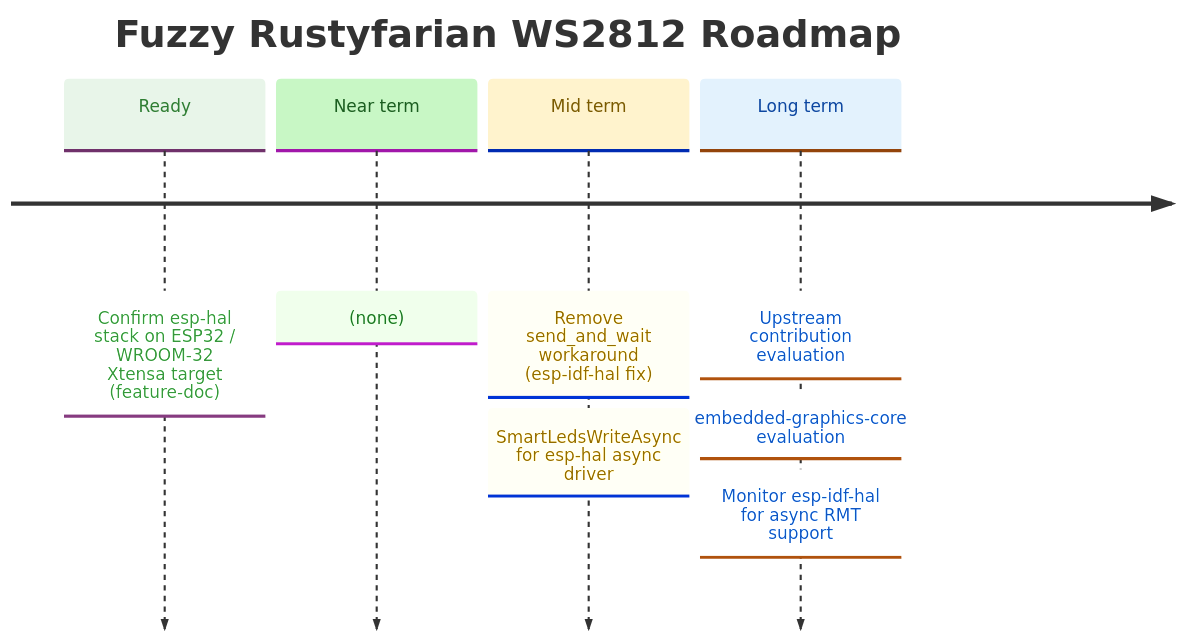
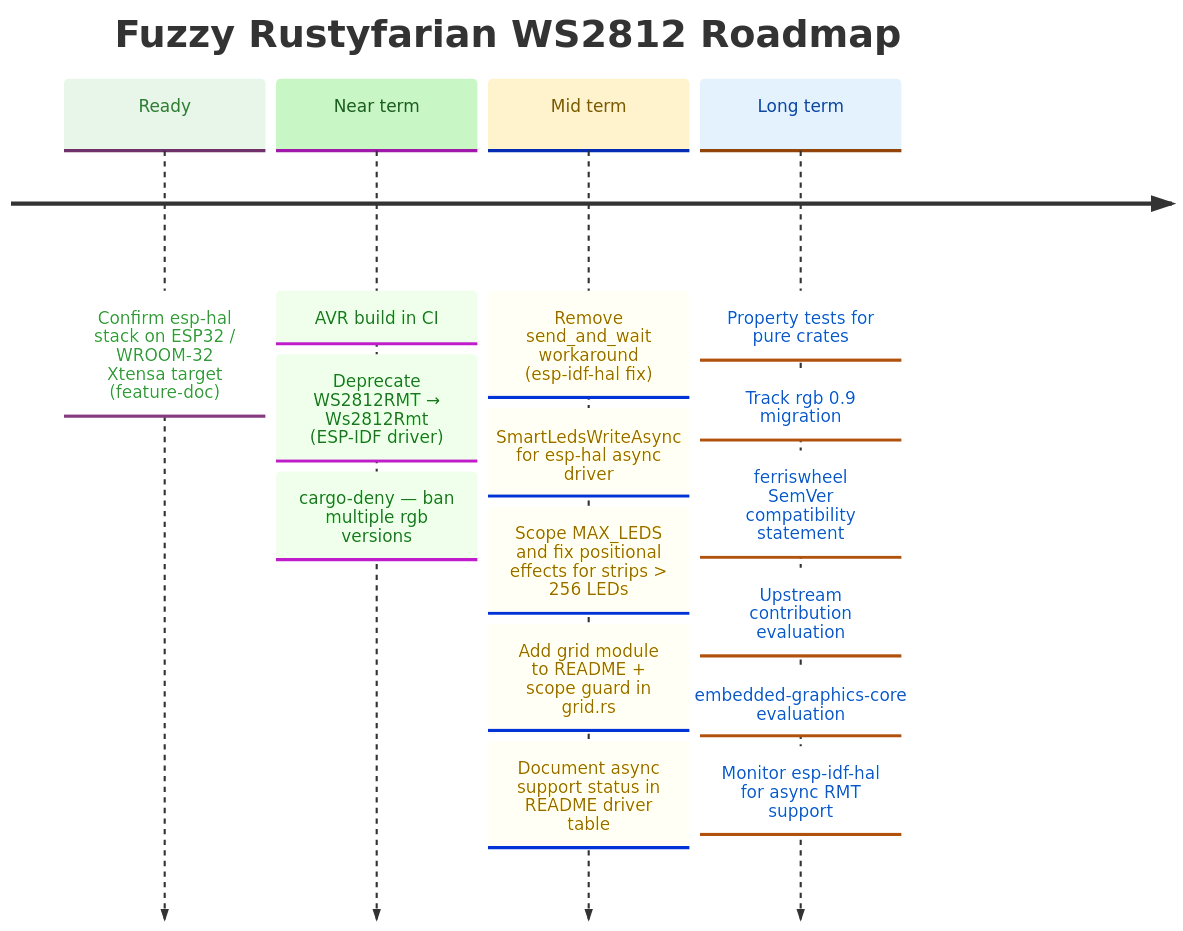
One commit to datenkollektiv/rustyfarian-ws2812 changed the diagram in docs/ROADMAP.md. Above: the diagram before and after it, drawn with Mermaid. The commit also changed other lines of this file, not shown here.

````diff
--- a/docs/ROADMAP.md
+++ b/docs/ROADMAP.md
@@ -15,29 +18,37 @@
 ```mermaid
 %%{init: {
   "theme": "base",
   "themeVariables": {
     "cScale0": "#e8f5e9",
     "cScaleLabel0": "#2e7d32",
     "cScale1": "#c8f7c5",
     "cScaleLabel1": "#1b5e20",
     "cScale2": "#fff3cd",
     "cScaleLabel2": "#7a5a00",
     "cScale3": "#e3f2fd",
     "cScaleLabel3": "#0d47a1"
   }
 }}%%
 
 timeline
     title Fuzzy Rustyfarian WS2812 Roadmap
 
     Ready     : Confirm esp-hal stack on ESP32 / WROOM-32 Xtensa target (feature-doc)
 
-    Near term : (none)
+    Near term : AVR build in CI
+              : Deprecate WS2812RMT → Ws2812Rmt (ESP-IDF driver)
+              : cargo-deny — ban multiple rgb versions
 
     Mid term  : Remove send_and_wait workaround (esp-idf-hal fix)
               : SmartLedsWriteAsync for esp-hal async driver
+              : Scope MAX_LEDS and fix positional effects for strips > 256 LEDs
+              : Add grid module to README + scope guard in grid.rs
+              : Document async support status in README driver table
 
-    Long term : Upstream contribution evaluation
+    Long term : Property tests for pure crates
+              : Track rgb 0.9 migration
+              : ferriswheel SemVer compatibility statement
+              : Upstream contribution evaluation
               : embedded-graphics-core evaluation
               : Monitor esp-idf-hal for async RMT support
 ```
````
